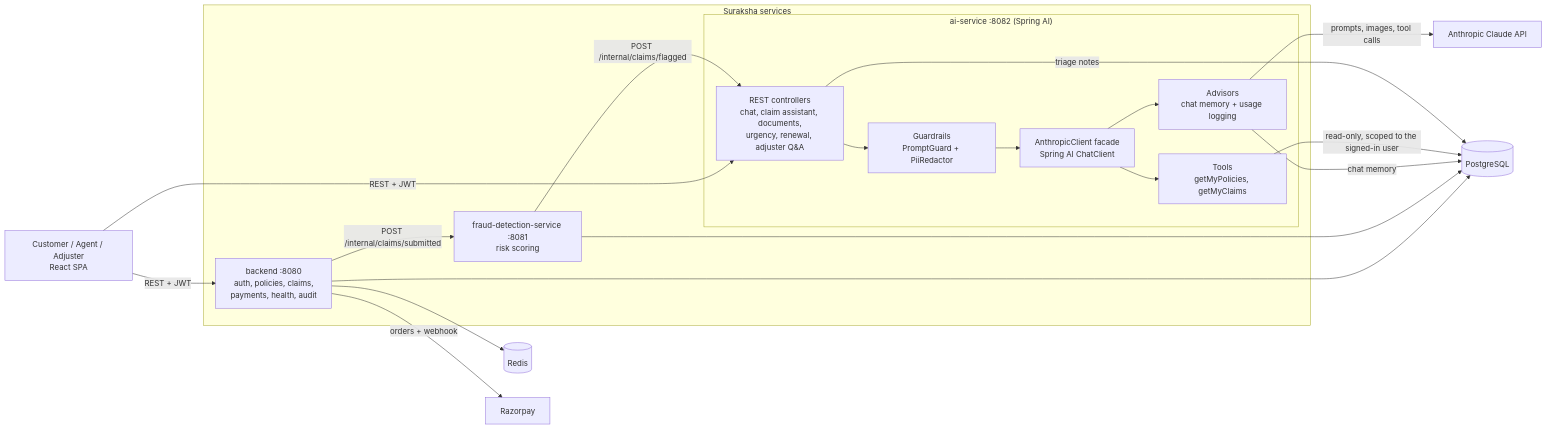
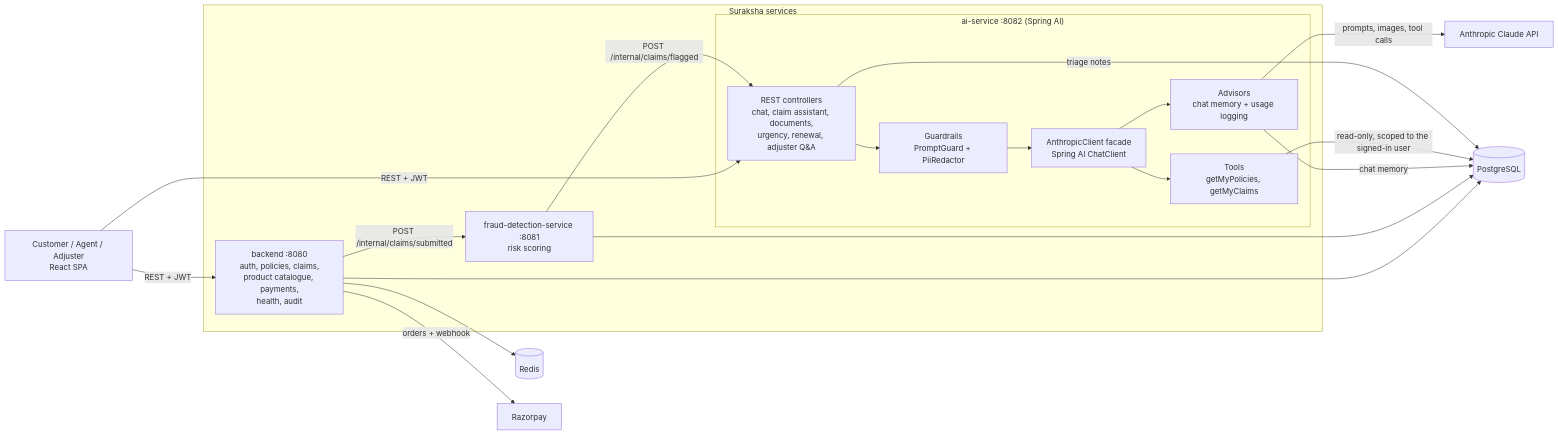
Before and after one commit to baluabs6/suraksha-insurance-stack: the diagram in README.md, drawn with Mermaid. The commit also changed other lines of this file and 24 other files, not shown here.

````diff
--- a/README.md
+++ b/README.md
@@ -53,36 +96,36 @@
 ```mermaid
 flowchart LR
     U["Customer / Agent / Adjuster<br/>React SPA"]
 
     subgraph Platform["Suraksha services"]
-        B["backend :8080<br/>auth, policies, claims,<br/>payments, health, audit"]
+        B["backend :8080<br/>auth, policies, claims,<br/>product catalogue, payments,<br/>health, audit"]
         F["fraud-detection-service :8081<br/>risk scoring"]
         subgraph AI["ai-service :8082 (Spring AI)"]
             C["REST controllers<br/>chat, claim assistant, documents,<br/>urgency, renewal, adjuster Q&A"]
             G["Guardrails<br/>PromptGuard + PiiRedactor"]
             CC["AnthropicClient facade<br/>Spring AI ChatClient"]
             AD["Advisors<br/>chat memory + usage logging"]
             T["Tools<br/>getMyPolicies, getMyClaims"]
             C --> G --> CC --> AD
             CC --> T
         end
     end
 
     PG[("PostgreSQL")]
     R[("Redis")]
     RZ["Razorpay"]
     LLM["Anthropic Claude API"]
 
     U -->|"REST + JWT"| B
     U -->|"REST + JWT"| C
     B --> PG
     B --> R
     B -->|"orders + webhook"| RZ
     B -->|"POST /internal/claims/submitted"| F
     F --> PG
     F -->|"POST /internal/claims/flagged"| C
     AD -->|"prompts, images, tool calls"| LLM
     AD -->|"chat memory"| PG
     T -->|"read-only, scoped to the signed-in user"| PG
     C -->|"triage notes"| PG
 ```
````
